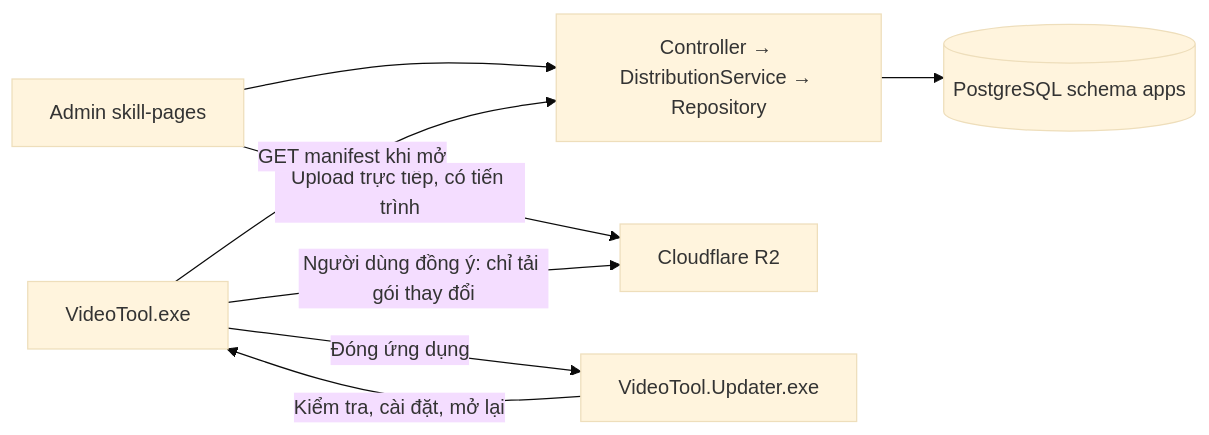
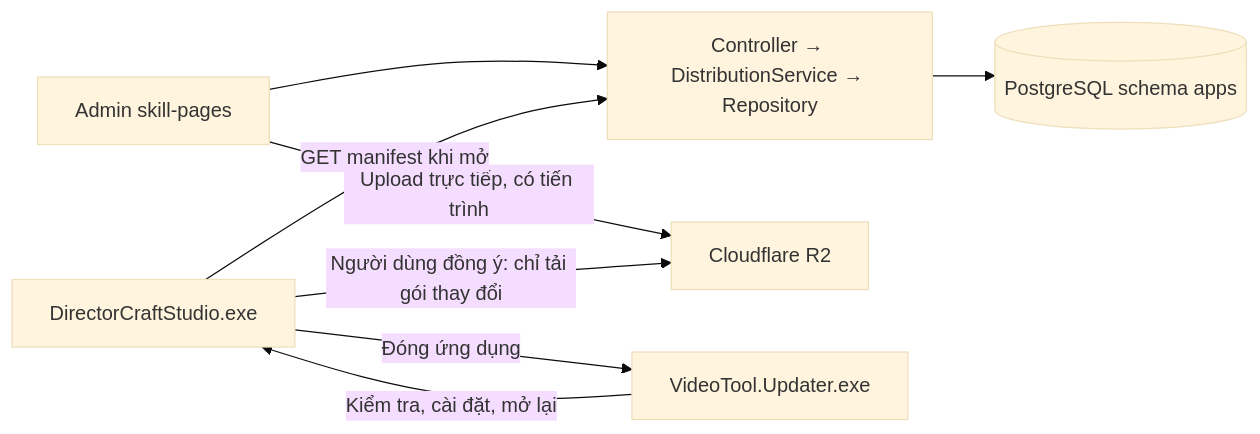
Before and after one commit to htquy/skill-pages: the diagram in docs/APP_DISTRIBUTION_AND_UPDATES.md, drawn with Mermaid (base theme). The commit also changed other lines of this file and 100 other files, not shown here.

````diff
--- a/docs/APP_DISTRIBUTION_AND_UPDATES.md
+++ b/docs/APP_DISTRIBUTION_AND_UPDATES.md
@@ -7,10 +7,10 @@
 ```mermaid
 flowchart LR
   Admin[Admin skill-pages] --> API[Controller → DistributionService → Repository]
   API --> DB[(PostgreSQL schema apps)]
   Admin -->|Upload trực tiếp, có tiến trình| R2[Cloudflare R2]
-  App[VideoTool.exe] -->|GET manifest khi mở| API
+  App[DirectorCraftStudio.exe] -->|GET manifest khi mở| API
   App -->|Người dùng đồng ý: chỉ tải gói thay đổi| R2
   App -->|Đóng ứng dụng| Updater[VideoTool.Updater.exe]
   Updater -->|Kiểm tra, cài đặt, mở lại| App
 ```
````
